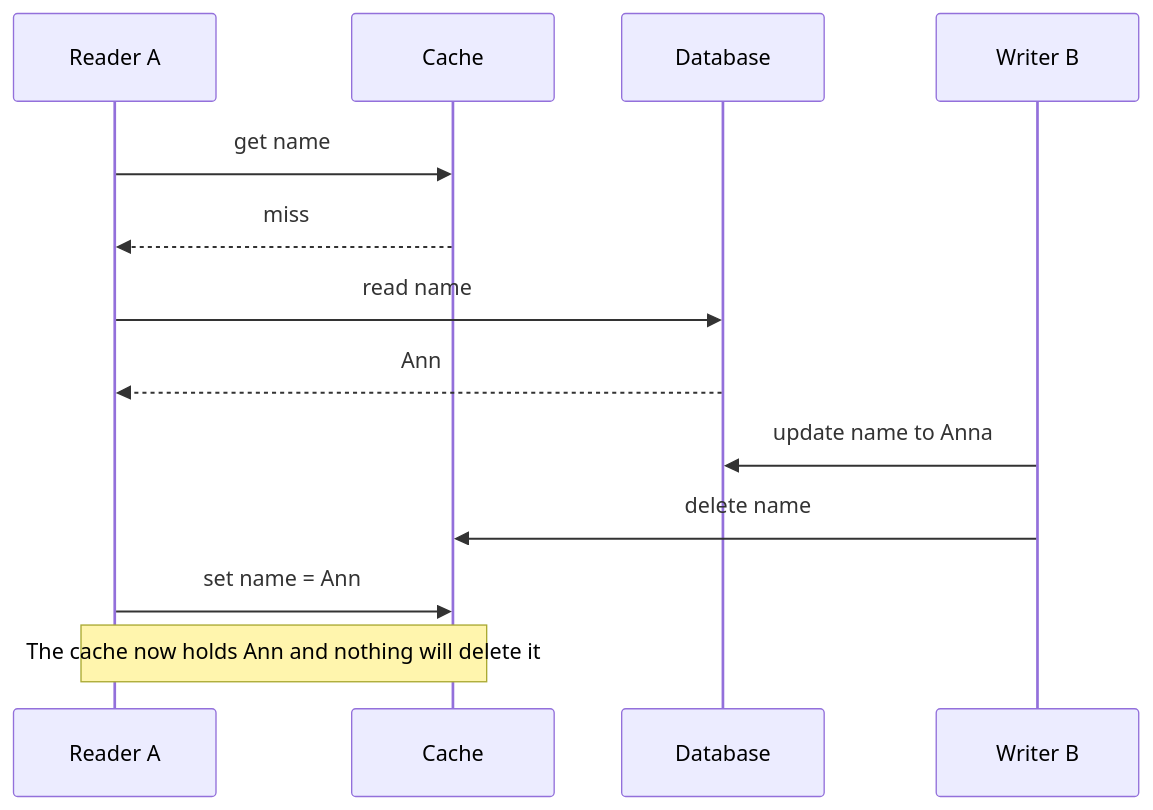
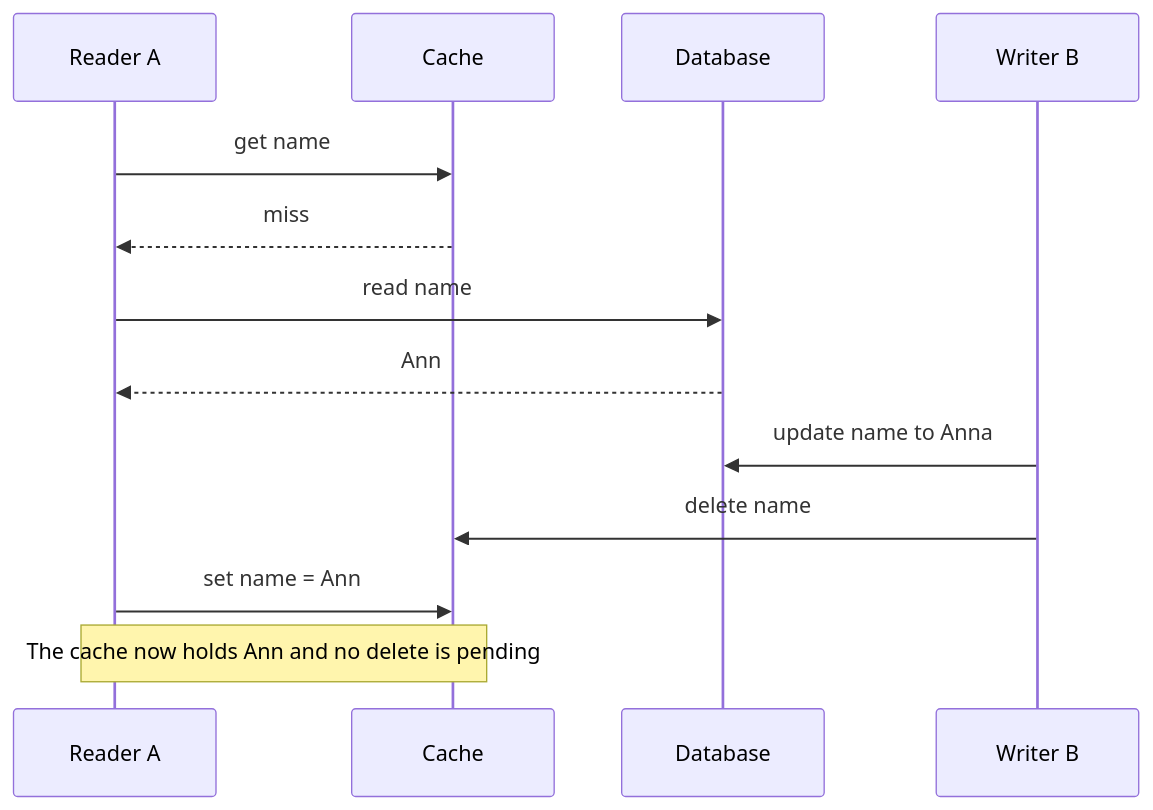
The fifth of 7 diagrams in site/authored/sd/caching.md (pravnyadv/dev-essentials), drawn with Mermaid before and after one commit. The commit also changed other lines of this file and 66 other files, not shown here.

````diff
--- a/site/authored/sd/caching.md
+++ b/site/authored/sd/caching.md
@@ -251,15 +251,15 @@
 ```mermaid The stale set: reader A's late write puts the old name back after B's delete
 sequenceDiagram
   participant A as Reader A
   participant C as Cache
   participant DB as Database
   participant B as Writer B
   A->>C: get name
   C-->>A: miss
   A->>DB: read name
   DB-->>A: Ann
   B->>DB: update name to Anna
   B->>C: delete name
   A->>C: set name = Ann
-  Note over A,C: The cache now holds Ann and nothing will delete it
+  Note over A,C: The cache now holds Ann and no delete is pending
 ```
````
